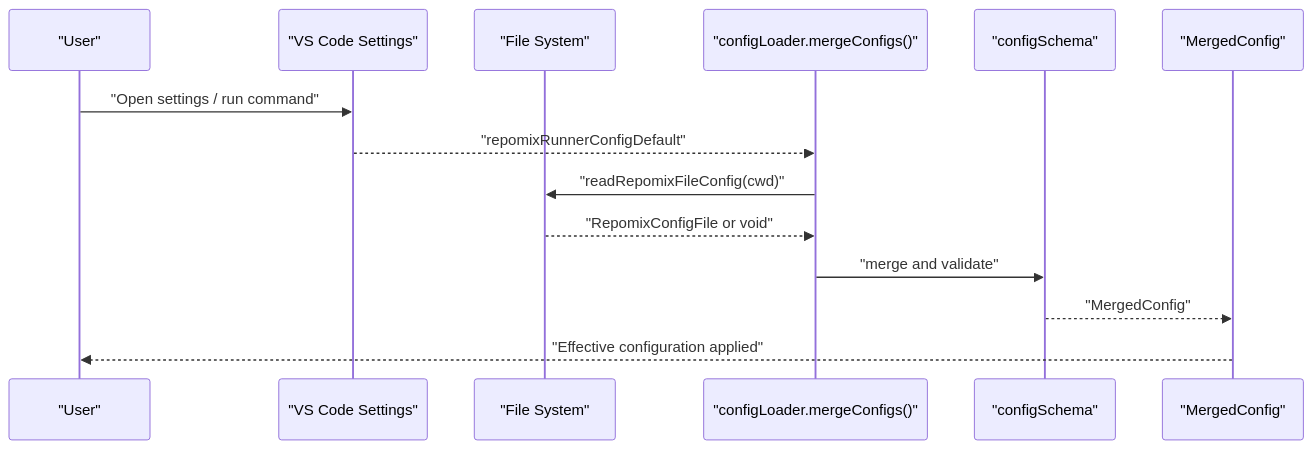
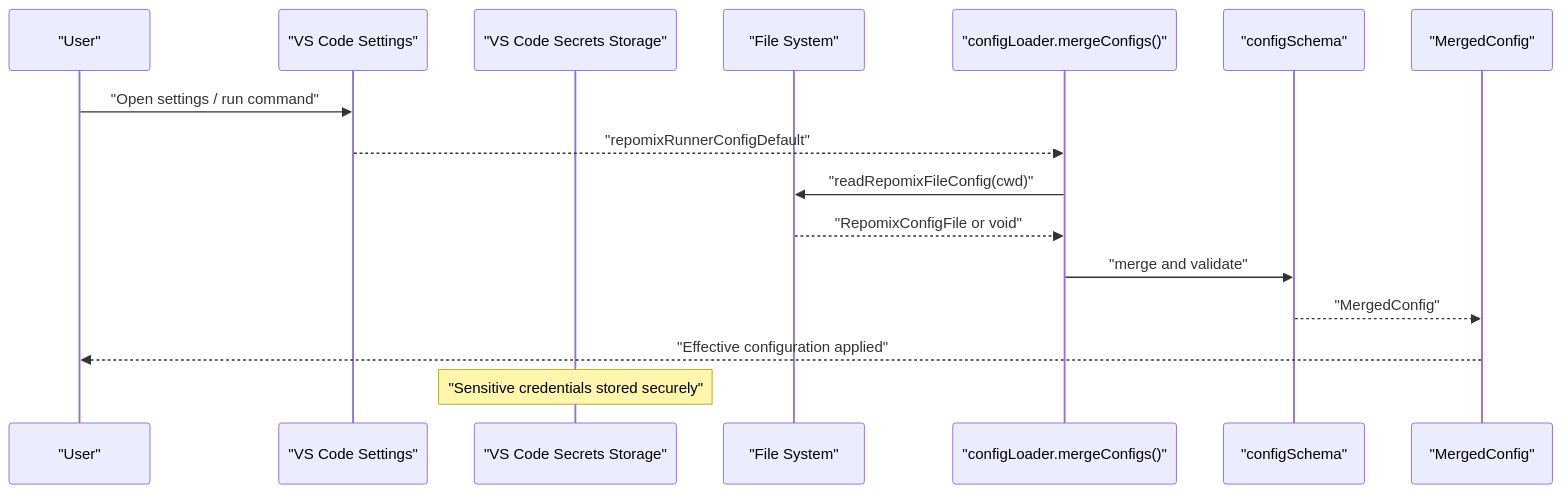
Before and after one commit to bramburn/repomix-runner: the second of 7 diagrams in .qoder/repowiki/en/content/Configuration Management/Configuration Management.md, drawn with Mermaid. The commit also changed other lines of this file and 40 other files, not shown here.

````diff
--- a/.qoder/repowiki/en/content/Configuration Management/Configuration Management.md
+++ b/.qoder/repowiki/en/content/Configuration Management/Configuration Management.md
@@ -121,16 +139,18 @@
 ```mermaid
 sequenceDiagram
 participant User as "User"
 participant VSCode as "VS Code Settings"
+participant Secrets as "VS Code Secrets Storage"
 participant FS as "File System"
 participant Loader as "configLoader.mergeConfigs()"
 participant Schema as "configSchema"
 participant Output as "MergedConfig"
 User->>VSCode : "Open settings / run command"
 VSCode-->>Loader : "repomixRunnerConfigDefault"
 Loader->>FS : "readRepomixFileConfig(cwd)"
 FS-->>Loader : "RepomixConfigFile or void"
 Loader->>Schema : "merge and validate"
 Schema-->>Output : "MergedConfig"
 Output-->>User : "Effective configuration applied"
+Note over Secrets : "Sensitive credentials stored securely"
 ```
````
